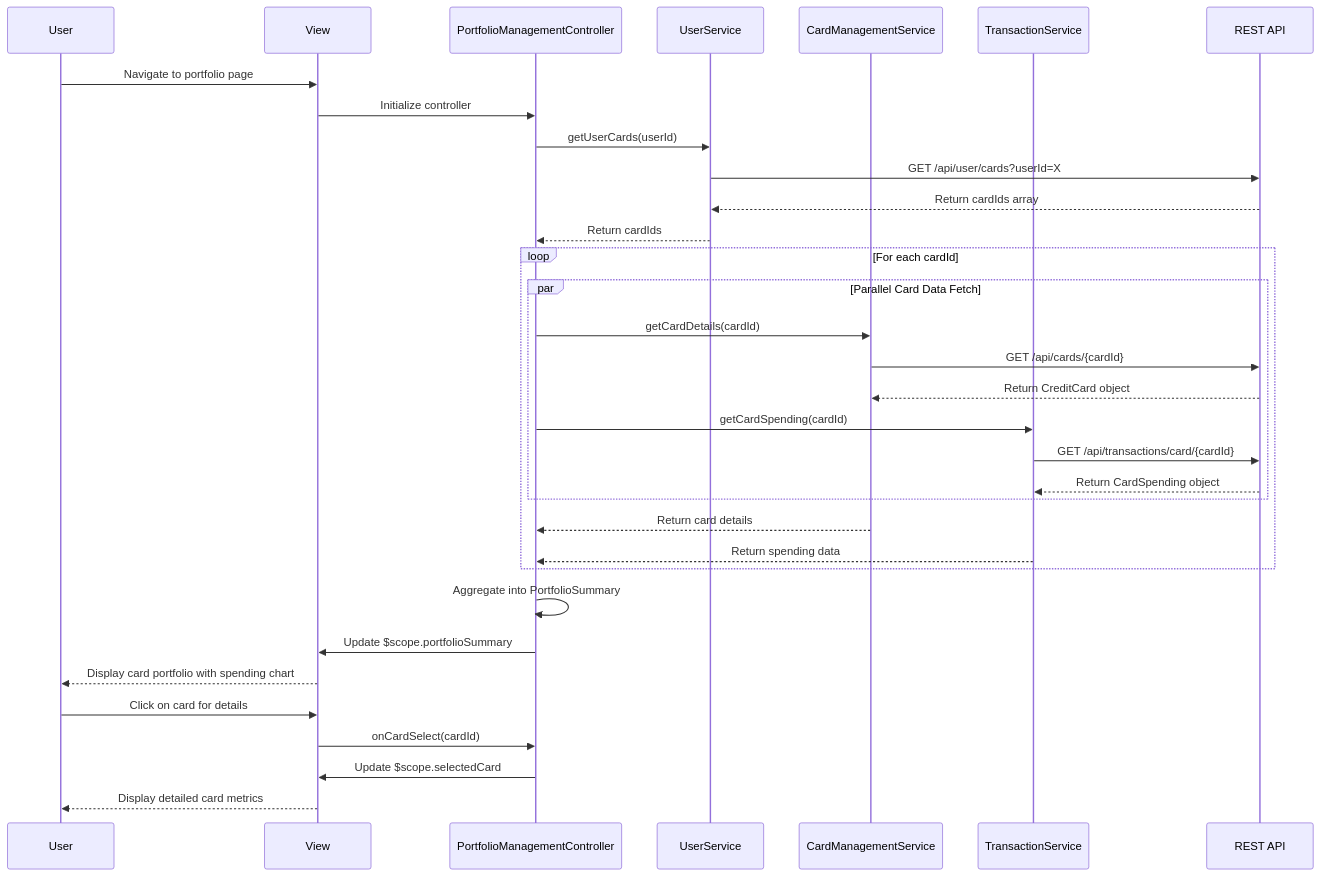
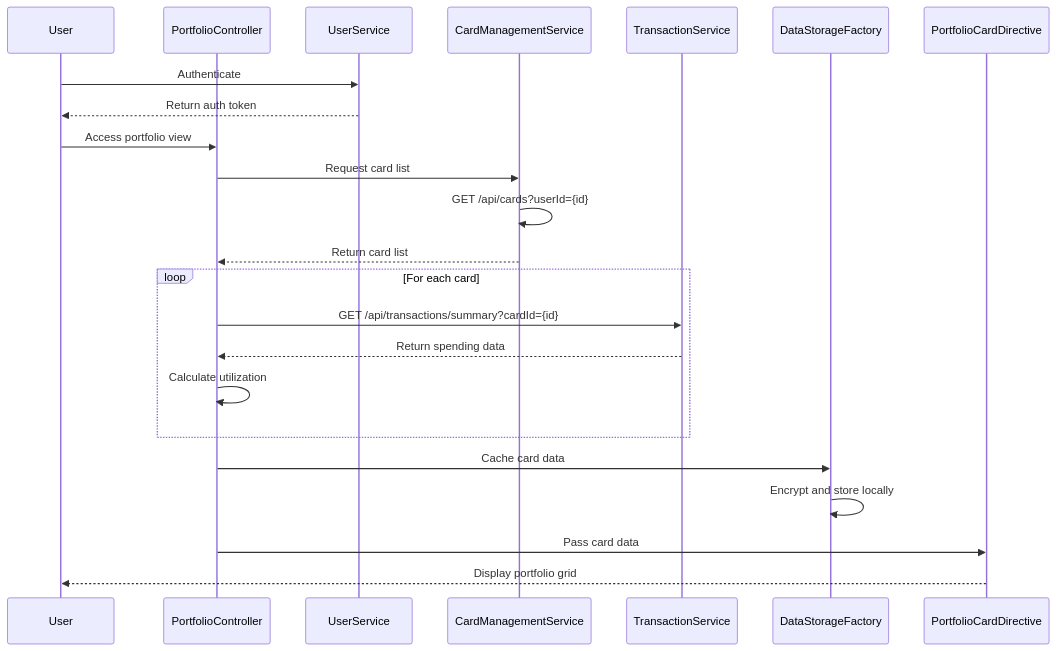
One commit to AAVA-Demo/APB_Demo changed the diagram in LLD/QE-7716_LLD.md. Above: the diagram before and after it, drawn with Mermaid. The commit also changed other lines of this file and 5 other files, not shown here.

````diff
--- a/LLD/QE-7716_LLD.md
+++ b/LLD/QE-7716_LLD.md
@@ -106,36 +90,26 @@
 ```mermaid
 sequenceDiagram
     participant User
-    participant View
-    participant Controller as PortfolioManagementController
+    participant PortfolioController
     participant UserService
-    participant CardService as CardManagementService
-    participant TxnService as TransactionService
-    participant API as REST API
-
-    User->>View: Navigate to portfolio page
-    View->>Controller: Initialize controller
-    Controller->>UserService: getUserCards(userId)
-    UserService->>API: GET /api/user/cards?userId=X
-    API-->>UserService: Return cardIds array
-    UserService-->>Controller: Return cardIds
-    loop For each cardId
-        par Parallel Card Data Fetch
-            Controller->>CardService: getCardDetails(cardId)
-            CardService->>API: GET /api/cards/{cardId}
-            API-->>CardService: Return CreditCard object
-            Controller->>TxnService: getCardSpending(cardId)
-            TxnService->>API: GET /api/transactions/card/{cardId}
-            API-->>TxnService: Return CardSpending object
-        end
-        CardService-->>Controller: Return card details
-        TxnService-->>Controller: Return spending data
+    participant CardManagementService
+    participant TransactionService
+    participant DataStorageFactory
+    participant PortfolioCardDirective
+    
+    User->>UserService: Authenticate
+    UserService-->>User: Return auth token
+    User->>PortfolioController: Access portfolio view
+    PortfolioController->>CardManagementService: Request card list
+    CardManagementService->>CardManagementService: GET /api/cards?userId={id}
+    CardManagementService-->>PortfolioController: Return card list
+    loop For each card
+        PortfolioController->>TransactionService: GET /api/transactions/summary?cardId={id}
+        TransactionService-->>PortfolioController: Return spending data
+        PortfolioController->>PortfolioController: Calculate utilization
     end
-    Controller->>Controller: Aggregate into PortfolioSummary
-    Controller->>View: Update $scope.portfolioSummary
-    View-->>User: Display card portfolio with spending chart
-    User->>View: Click on card for details
-    View->>Controller: onCardSelect(cardId)
-    Controller->>View: Update $scope.selectedCard
-    View-->>User: Display detailed card metrics
+    PortfolioController->>DataStorageFactory: Cache card data
+    DataStorageFactory->>DataStorageFactory: Encrypt and store locally
+    PortfolioController->>PortfolioCardDirective: Pass card data
+    PortfolioCardDirective-->>User: Display portfolio grid
 ```
````
